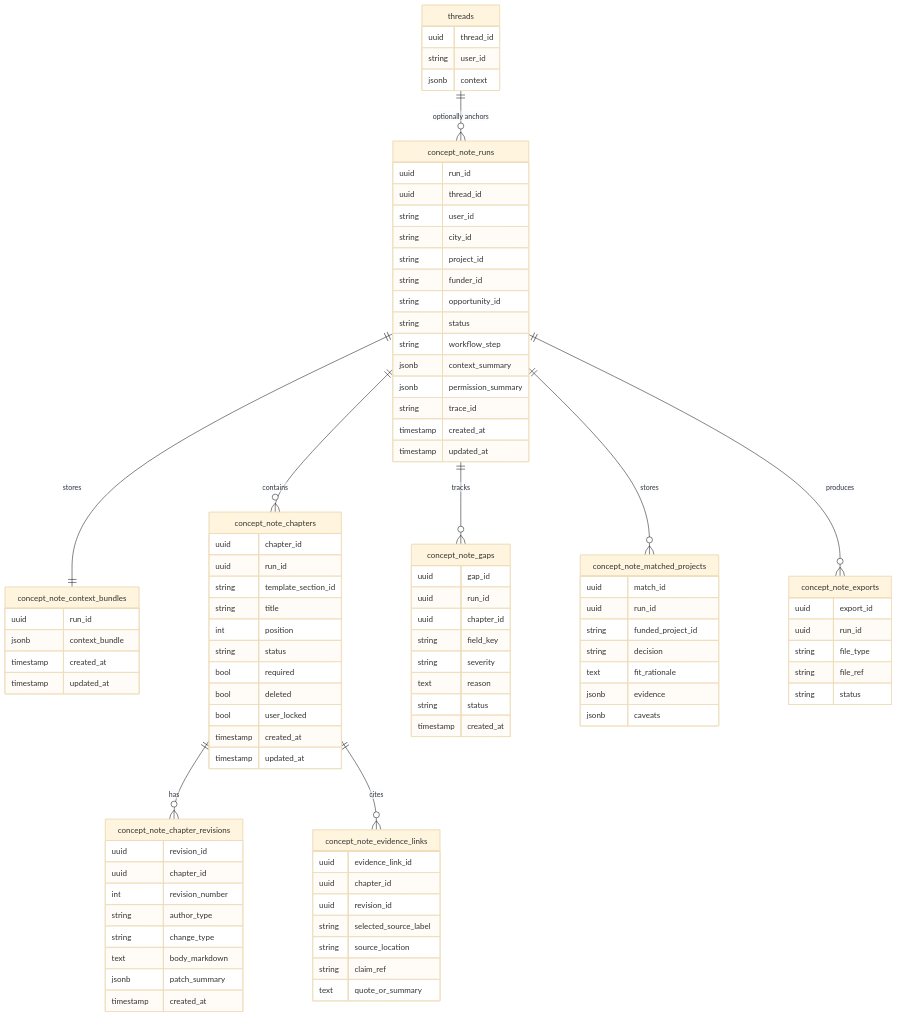
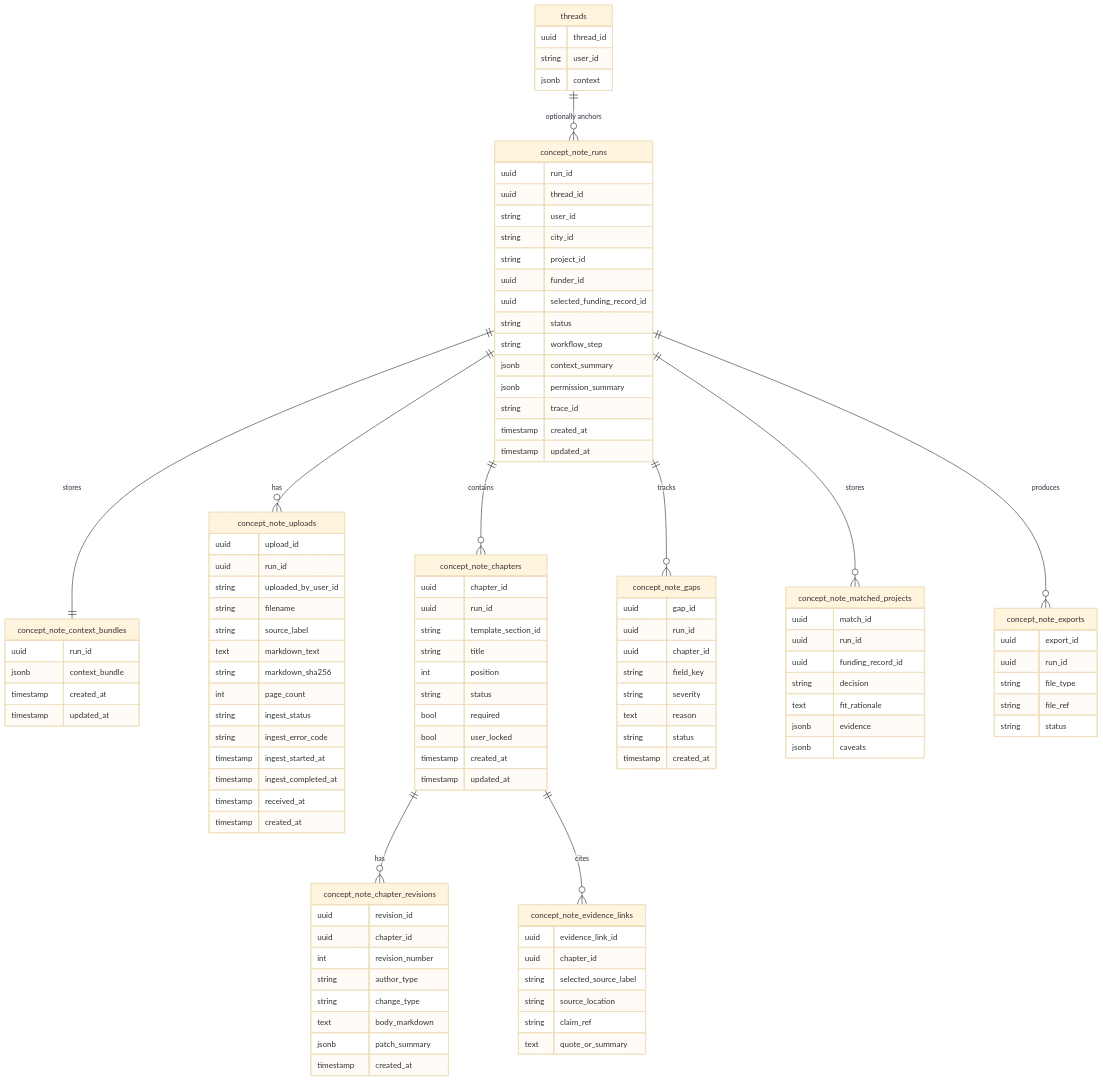
Before and after one commit to Open-Earth-Foundation/CityCatalyst: the sixth of 14 diagrams in docs/ConceptNoteBuilderArchitecture.md, drawn with Mermaid (base theme). The commit also changed other lines of this file and 41 other files, not shown here.

```diff
--- a/docs/ConceptNoteBuilderArchitecture.md
+++ b/docs/ConceptNoteBuilderArchitecture.md
@@ -334,6 +549,7 @@
 erDiagram
     threads ||--o{ concept_note_runs : "optionally anchors"
     concept_note_runs ||--|| concept_note_context_bundles : "stores"
+    concept_note_runs ||--o{ concept_note_uploads : "has"
     concept_note_runs ||--o{ concept_note_chapters : "contains"
     concept_note_runs ||--o{ concept_note_gaps : "tracks"
     concept_note_runs ||--o{ concept_note_matched_projects : "stores"
@@ -353,8 +569,8 @@
         string user_id
         string city_id
         string project_id
-        string funder_id
-        string opportunity_id
+        uuid funder_id
+        uuid selected_funding_record_id
         string status
         string workflow_step
         jsonb context_summary
@@ -362,6 +578,23 @@
         string trace_id
         timestamp created_at
         timestamp updated_at
+    }
+
+    concept_note_uploads {
+        uuid upload_id
+        uuid run_id
+        string uploaded_by_user_id
+        string filename
+        string source_label
+        text markdown_text
+        string markdown_sha256
+        int page_count
+        string ingest_status
+        string ingest_error_code
+        timestamp ingest_started_at
+        timestamp ingest_completed_at
+        timestamp received_at
+        timestamp created_at
     }
 
     concept_note_context_bundles {
@@ -390,7 +623,6 @@
         int position
         string status
         bool required
-        bool deleted
         bool user_locked
         timestamp created_at
         timestamp updated_at
@@ -410,7 +642,6 @@
     concept_note_evidence_links {
         uuid evidence_link_id
         uuid chapter_id
-        uuid revision_id
         string selected_source_label
         string source_location
         string claim_ref
@@ -420,7 +651,7 @@
     concept_note_matched_projects {
         uuid match_id
         uuid run_id
-        string funded_project_id
+        uuid funding_record_id
         string decision
         text fit_rationale
         jsonb evidence
```
